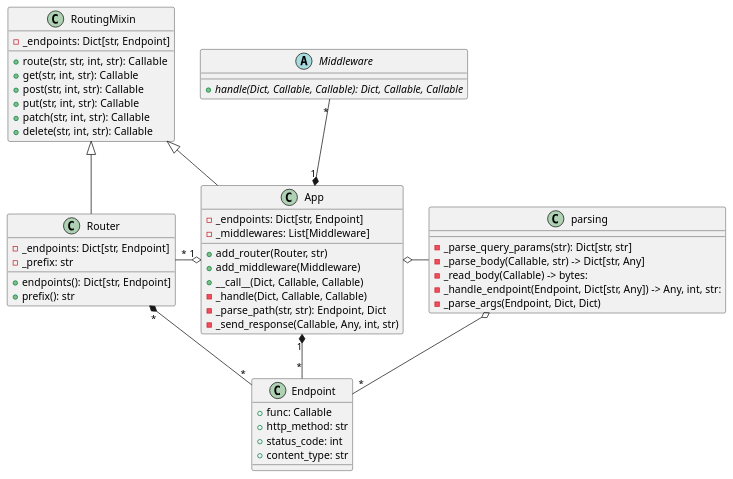
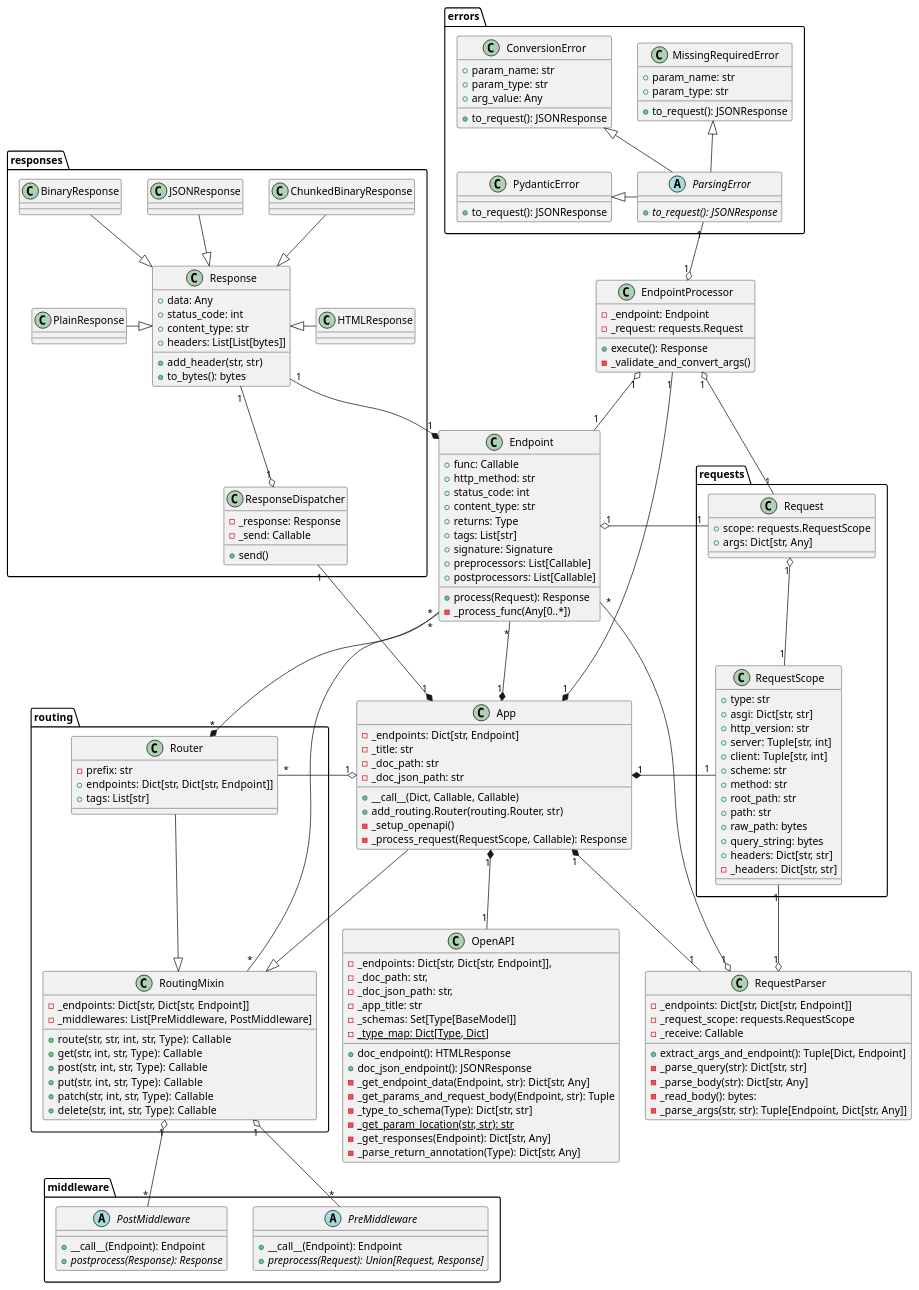
One commit to idfortytwo/LiteAPI changed the diagram in UML.puml. Above: the diagram before and after it, drawn with PlantUML.

Commit message:
UML update

```diff
--- a/UML.puml
+++ b/UML.puml
@@ -1,33 +1,33 @@
 @startuml
 
-class RoutingMixin {
-    - _endpoints: Dict[str, Endpoint]
-    + route(str, str, int, str): Callable
-    + get(str, int, str): Callable
-    + post(str, int, str): Callable
-    + put(str, int, str): Callable
-    + patch(str, int, str): Callable
-    + delete(str, int, str): Callable
+class routing.RoutingMixin {
+    - _endpoints: Dict[str, Dict[str, Endpoint]]
+    - _middlewares: List[PreMiddleware, PostMiddleware]
+    + route(str, str, int, str, Type): Callable
+    + get(str, int, str, Type): Callable
+    + post(str, int, str, Type): Callable
+    + put(str, int, str, Type): Callable
+    + patch(str, int, str, Type): Callable
+    + delete(str, int, str, Type): Callable
 }
 
 class App {
     - _endpoints: Dict[str, Endpoint]
-    - _middlewares: List[Middleware]
+    - _title: str
+    - _doc_path: str
+    - _doc_json_path: str
 
-    + add_router(Router, str)
-    + add_middleware(Middleware)
     + __call__(Dict, Callable, Callable)
-    - _handle(Dict, Callable, Callable)
-    - _parse_path(str, str): Endpoint, Dict
-    - _send_response(Callable, Any, int, str)
+    + add_routing.Router(routing.Router, str)
+    - _setup_openapi()
+    - _process_request(RequestScope, Callable): Response
 }
 
 
-class Router {
-    - _endpoints: Dict[str, Endpoint]
-    - _prefix: str
-    + endpoints(): Dict[str, Endpoint]
-    + prefix(): str
+class routing.Router {
+    - prefix: str
+    + endpoints: Dict[str, Dict[str, Endpoint]]
+    + tags: List[str]
 }
 
 class Endpoint {
@@ -35,32 +35,173 @@
     + http_method: str
     + status_code: int
     + content_type: str
-}
+    + returns: Type
+    + tags: List[str]
+    + signature: Signature
+    + preprocessors: List[Callable]
+    + postprocessors: List[Callable]
 
-abstract class Middleware {
-    + {abstract} handle(Dict, Callable, Callable): Dict, Callable, Callable
-}
-
-class parsing {
-    - _parse_query_params(str): Dict[str, str]
-    - _parse_body(Callable, str) -> Dict[str, Any]
-    - _read_body(Callable) -> bytes:
-    - _handle_endpoint(Endpoint, Dict[str, Any]) -> Any, int, str:
-    - _parse_args(Endpoint, Dict, Dict)
+    + process(Request): Response
+    - _process_func(Any[0..*])
 }
 
 
-Router -u-|> RoutingMixin
-App -u-|> RoutingMixin
+abstract class errors.ParsingError {
+    + {abstract} to_request(): JSONResponse
+}
 
-Router "*" *-- "*" Endpoint
-App "1" *-- "*" Endpoint
+class errors.PydanticError  {
+    + to_request(): JSONResponse
+}
 
-App "1" o-l- "*" Router
+class errors.ConversionError {
+    + param_name: str
+    + param_type: str
+    + arg_value: Any
+    + to_request(): JSONResponse
+}
 
-App "1" *-u- "*" Middleware
-App o-r-  parsing
+class errors.MissingRequiredError {
+    + param_name: str
+    + param_type: str
+    + to_request(): JSONResponse
+}
 
-parsing o-- "*" Endpoint
+
+abstract class middleware.PreMiddleware {
+    + __call__(Endpoint): Endpoint
+    + {abstract} preprocess(Request): Union[Request, Response]
+}
+
+abstract class middleware.PostMiddleware {
+    + __call__(Endpoint): Endpoint
+    + {abstract} postprocess(Response): Response
+}
+
+
+class OpenAPI {
+    - _endpoints: Dict[str, Dict[str, Endpoint]],
+    - _doc_path: str,
+    - _doc_json_path: str,
+    - _app_title: str
+    - _schemas: Set[Type[BaseModel]]
+    - {static} _type_map: Dict[Type, Dict]
+
+    + doc_endpoint(): HTMLResponse
+    + doc_json_endpoint(): JSONResponse
+    - _get_endpoint_data(Endpoint, str): Dict[str, Any]
+    - _get_params_and_request_body(Endpoint, str): Tuple
+    - _type_to_schema(Type): Dict[str, str]
+    - {static} _get_param_location(str, str): str
+    - _get_responses(Endpoint): Dict[str, Any]
+    - _parse_return_annotation(Type): Dict[str, Any]
+}
+
+
+class RequestParser {
+    - _endpoints: Dict[str, Dict[str, Endpoint]]
+    - _request_scope: requests.RequestScope
+    - _receive: Callable
+
+    + extract_args_and_endpoint(): Tuple[Dict, Endpoint]
+    - _parse_query(str): Dict[str, str]
+    - _parse_body(str): Dict[str, Any]
+    - _read_body(): bytes:
+    - _parse_args(str, str): Tuple[Endpoint, Dict[str, Any]]
+}
+
+class EndpointProcessor {
+    - _endpoint: Endpoint
+    - _request: requests.Request
+
+    + execute(): Response
+    - _validate_and_convert_args()
+}
+
+class requests.RequestScope {
+    + type: str
+    + asgi: Dict[str, str]
+    + http_version: str
+    + server: Tuple[str, int]
+    + client: Tuple[str, int]
+    + scheme: str
+    + method: str
+    + root_path: str
+    + path: str
+    + raw_path: bytes
+    + query_string: bytes
+    + headers: Dict[str, str]
+    - _headers: Dict[str, str]
+}
+
+class requests.Request {
+    + scope: requests.RequestScope
+    + args: Dict[str, Any]
+}
+
+class responses.Response {
+    + data: Any
+    + status_code: int
+    + content_type: str
+    + headers: List[List[bytes]]
+
+    + add_header(str, str)
+    + to_bytes(): bytes
+}
+
+class responses.PlainResponse
+class responses.HTMLResponse
+class responses.JSONResponse
+class responses.BinaryResponse
+class responses.ChunkedBinaryResponse
+
+responses.PlainResponse         -r-|> responses.Response
+responses.HTMLResponse          -l-|> responses.Response
+responses.JSONResponse          -d-|> responses.Response
+responses.BinaryResponse        --|> responses.Response
+responses.ChunkedBinaryResponse -d-|> responses.Response
+
+class responses.ResponseDispatcher {
+    - _response: Response
+    - _send: Callable
+
+    + send()
+}
+
+
+routing.Router -d-|> routing.RoutingMixin
+App --|> routing.RoutingMixin
+routing.Router "*" *-- "*" Endpoint
+App "1" *-u- "*" Endpoint
+App "1" o-- "*" routing.Router
+
+App "1" *-- "1" OpenAPI
+App "1" *-l- "1" requests.RequestScope
+App "1" *-- "1" RequestParser
+App "1" *-l- "1" EndpointProcessor
+App "1" *-u- "1" responses.ResponseDispatcher
+
+RequestParser "1" o-- "*" Endpoint
+RequestParser "1" o-- "1" requests.RequestScope
+
+requests.Request "1" o-d- "1" requests.RequestScope
+
+EndpointProcessor "1" o-- "1" Endpoint
+EndpointProcessor "1" o-l- "1" requests.Request
+EndpointProcessor "1" o-u- "1" errors.ParsingError
+
+errors.ParsingError -l-|> errors.PydanticError
+errors.ParsingError -u-|> errors.ConversionError
+errors.ParsingError -u-|> errors.MissingRequiredError
+
+responses.ResponseDispatcher "1" o-u- "1" responses.Response
+
+routing.RoutingMixin "*" -l--- "*" Endpoint
+Endpoint "1" o-- "1" requests.Request
+Endpoint "1" *-- "1" responses.Response
+
+'middleware.PreMiddleware -- middleware.PostMiddleware
+routing.RoutingMixin "1" o-d- "*" middleware.PreMiddleware
+routing.RoutingMixin "1" o-d- "*" middleware.PostMiddleware
 
 @enduml
```
